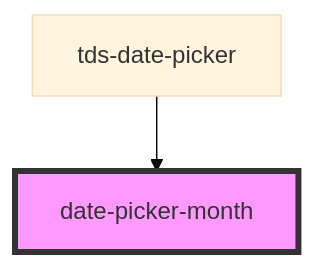
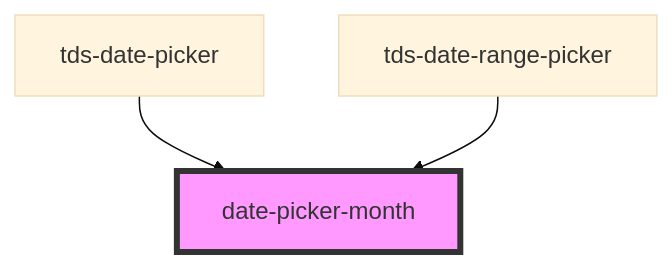
One commit to scania-digital-design-system/tegel changed the diagram in packages/core/src/components/date-picker/month/readme.md. Above: the diagram before and after it, drawn with Mermaid (base theme). The commit also changed other lines of this file and 17 other files, not shown here.

````diff
--- a/packages/core/src/components/date-picker/month/readme.md
+++ b/packages/core/src/components/date-picker/month/readme.md
@@ -23,5 +25,6 @@
 ```mermaid
 graph TD;
   tds-date-picker --> date-picker-month
+  tds-date-range-picker --> date-picker-month
   style date-picker-month fill:#f9f,stroke:#333,stroke-width:4px
 ```
````
